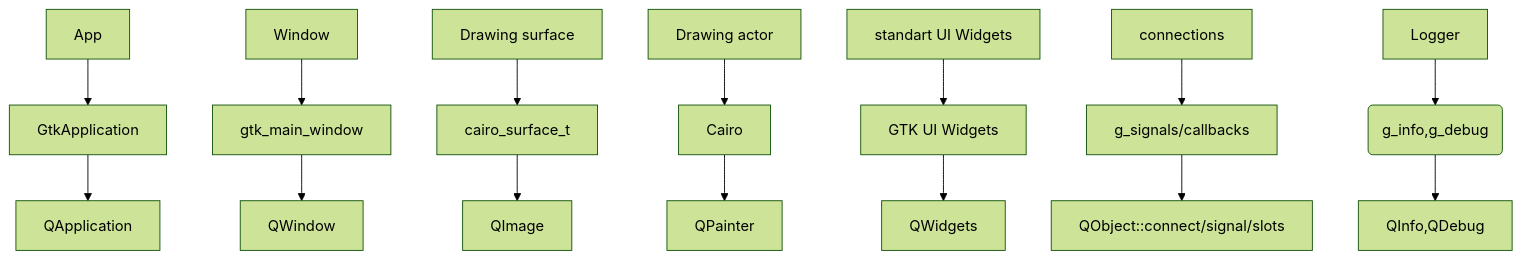
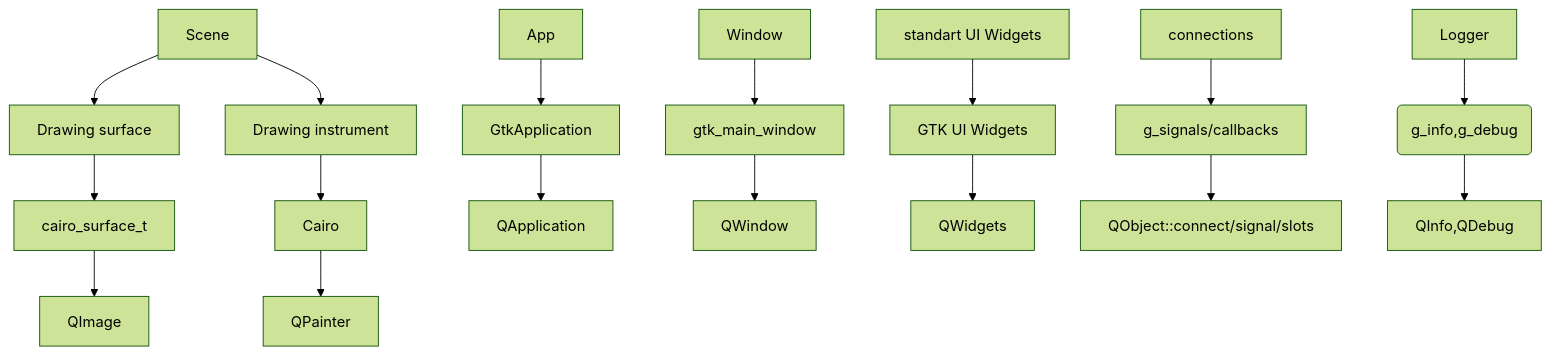
One commit to w0lek/ezgl changed the first of 4 diagrams in doc/qtport.md. Above: the diagram before and after it, drawn with Mermaid (forest theme). The commit also changed other lines of this file, not shown here.

Commit message:
checkpoint

````diff
--- a/doc/qtport.md
+++ b/doc/qtport.md
@@ -24,28 +24,33 @@
 ```mermaid
 flowchart TD
+  %% components
+  component_scene[Scene]
+
   %% gtk
   gtk_app[GtkApplication]
   gtk_window[gtk_main_window]
   cairo_surface_t[cairo_surface_t]
   cairo[Cairo]
   gtk_ui_widgets[GTK UI Widgets]
   g_signals[g_signals/callbacks]
   g_logs(g_info,g_debug)
   
   %% qt
   qapp[QApplication]
   qimage[QImage]
   qwindow[QWindow]
   qwidgets[QWidgets]
   qpainter[QPainter]
   qconnect[QObject::connect/signal/slots]
   qlogs[QInfo,QDebug]
 
   component0[App] --> gtk_app --> qapp
   component1[Window] --> gtk_window --> qwindow
   component2[Drawing surface] --> cairo_surface_t --> qimage
-  component3[Drawing actor] --> cairo --> qpainter
+  component3[Drawing instrument] --> cairo --> qpainter
+  component_scene --> component2
+  component_scene --> component3
   component4[standart UI Widgets] --> gtk_ui_widgets --> qwidgets
   component5[connections] --> g_signals --> qconnect
   component6[Logger] --> g_logs --> qlogs
 ```
````
